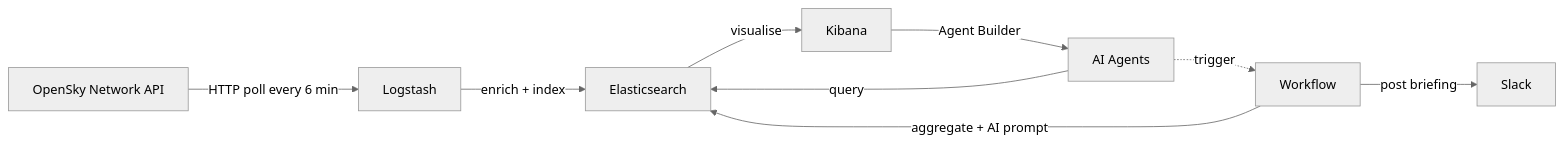
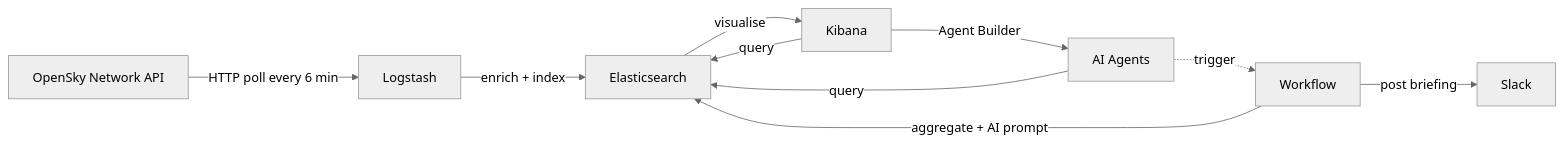
The diagram in README.md (face0b1101/geo-hackathon), drawn with Mermaid (neutral theme) before and after one commit.

Commit message:
docs: add Kibana-to-Elasticsearch edge in architecture diagram
Made-with: Cursor

````diff
--- a/README.md
+++ b/README.md
@@ -13,19 +13,20 @@
 ```mermaid
 flowchart LR
     OSN["OpenSky Network API"]
     LS["Logstash"]
     ES["Elasticsearch"]
     KB["Kibana"]
     AB["AI Agents"]
     WF["Workflow"]
     SL["Slack"]
 
     OSN -->|"HTTP poll every 6 min"| LS
     LS -->|"enrich + index"| ES
     ES -->|"visualise"| KB
     AB -->|"query"| ES
+    KB -->|"query"| ES
     KB -->|"Agent Builder"| AB
     WF -->|"aggregate + AI prompt"| ES
     WF -->|"post briefing"| SL
     AB -.->|"trigger"| WF
 ```
````
